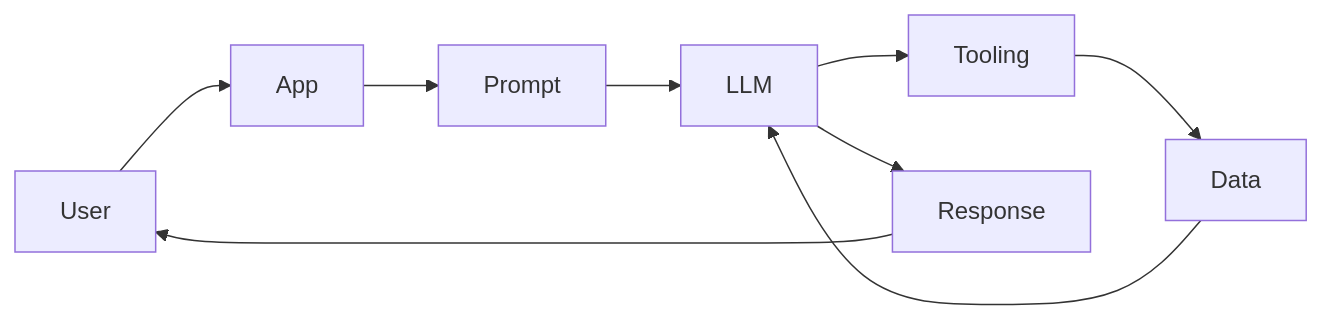
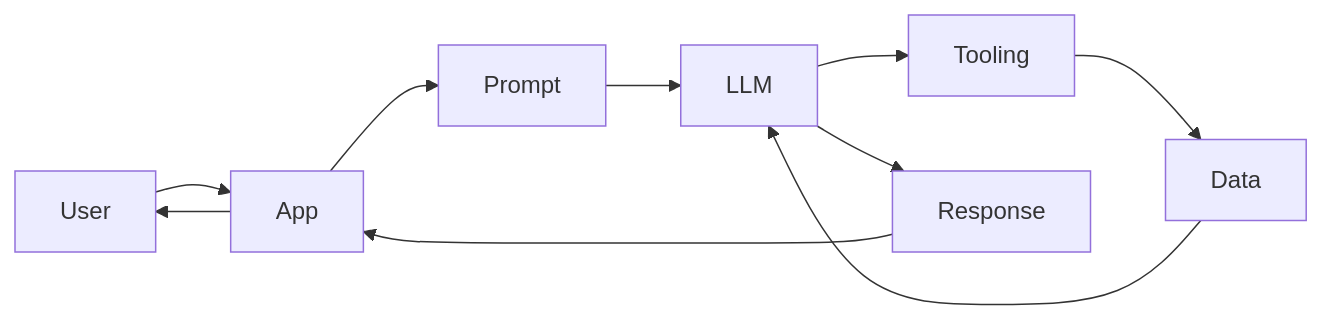
Before and after one commit to Asabeneh/30-Days-Of-AI-Engineering: the first of 11 diagrams in day_01/day_01_introduction_to_ai_engineering.md, drawn with Mermaid. The commit also changed other lines of this file and 49 other files, not shown here.

````diff
--- a/day_01/day_01_introduction_to_ai_engineering.md
+++ b/day_01/day_01_introduction_to_ai_engineering.md
@@ -50,11 +79,12 @@
 ```mermaid
 graph LR
     User --> App
     App --> Prompt
     Prompt --> LLM
     LLM --> Tooling
     Tooling --> Data
     Data --> LLM
     LLM --> Response
-    Response --> User
+    Response --> App
+    App --> User
 ```
````
